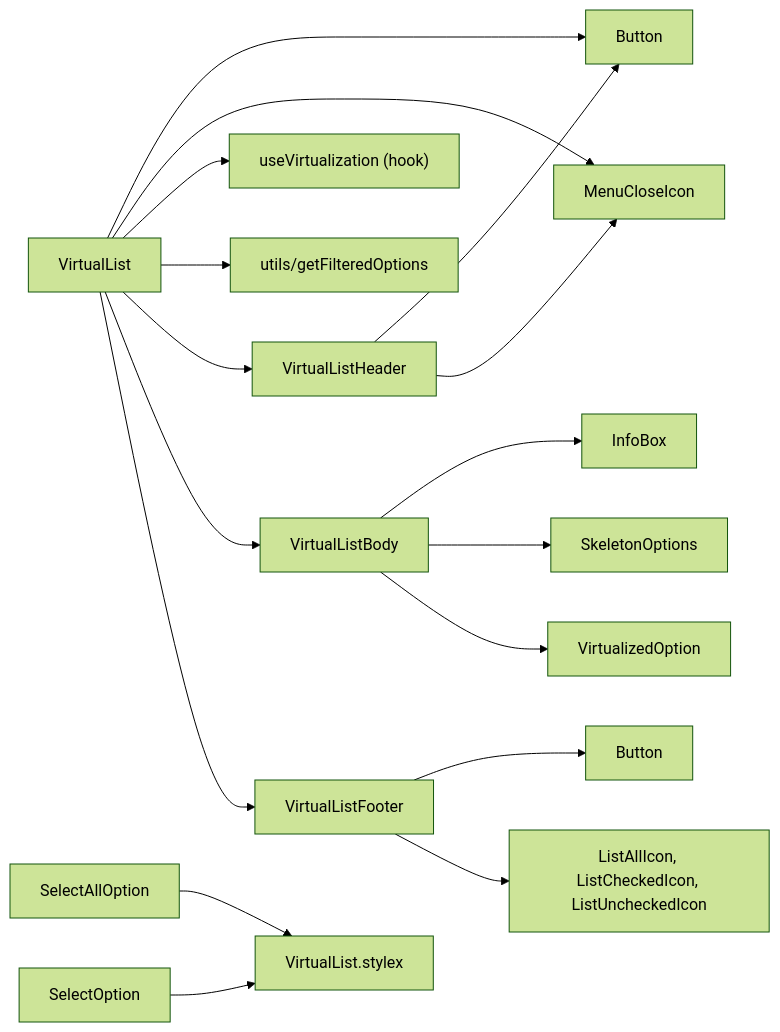
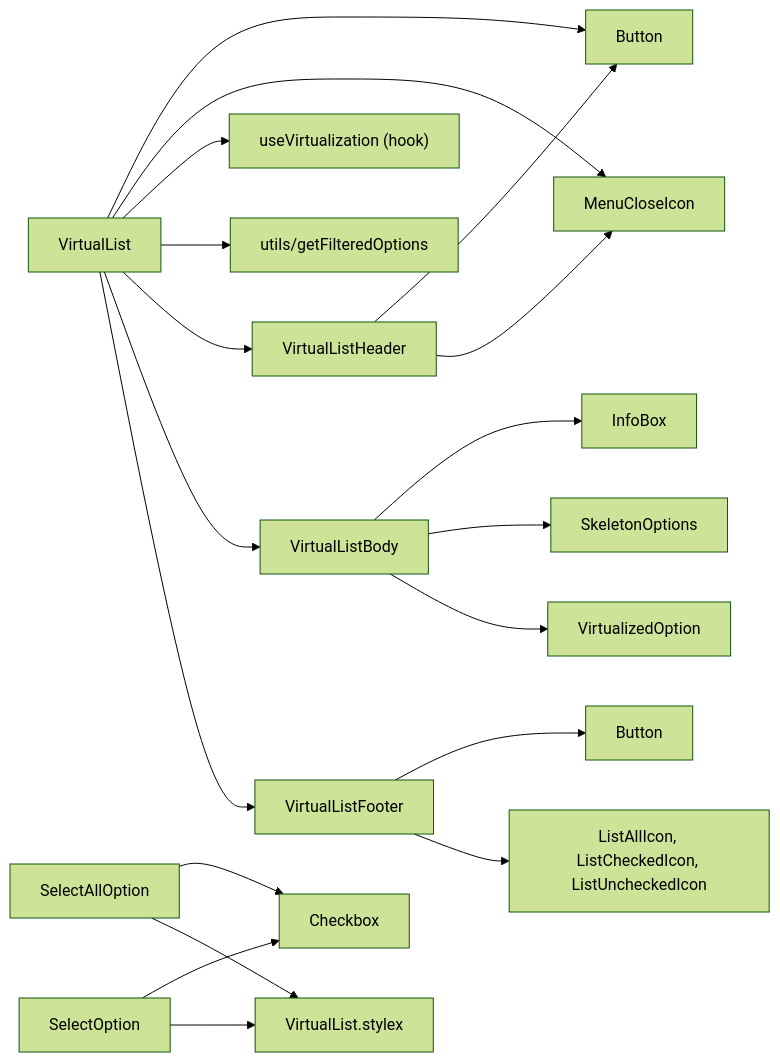
Before and after one commit to luciocabrera/lcabrera-stack: the second of 4 diagrams in apps/react-router/src/components/VirtualList/ARCHITECTURE.md, drawn with Mermaid (forest theme). The commit also changed 16 other files, not shown here.

````diff
--- a/apps/react-router/src/components/VirtualList/ARCHITECTURE.md
+++ b/apps/react-router/src/components/VirtualList/ARCHITECTURE.md
@@ -85,23 +85,25 @@
 ```mermaid
 graph LR
   VL["VirtualList"] --> Button
   VL --> MenuCloseIcon
   VL --> useVirtualization["useVirtualization (hook)"]
   VL --> getFilteredOptions["utils/getFilteredOptions"]
   VL --> VLH["VirtualListHeader"]
   VL --> VLB["VirtualListBody"]
   VL --> VLF["VirtualListFooter"]
 
   VLH --> Button
   VLH --> MenuCloseIcon
 
   VLB --> InfoBox
   VLB --> SKO["SkeletonOptions"]
   VLB --> VO["VirtualizedOption"]
 
   VLF --> Button2["Button"]
+  SAO --> Checkbox["Checkbox"]
+  SO --> Checkbox
   VLF --> Icons["ListAllIcon, ListCheckedIcon, ListUncheckedIcon"]
 
   SAO["SelectAllOption"] --> VL_stylex["VirtualList.stylex"]
   SO["SelectOption"] --> VL_stylex
 ```
````
